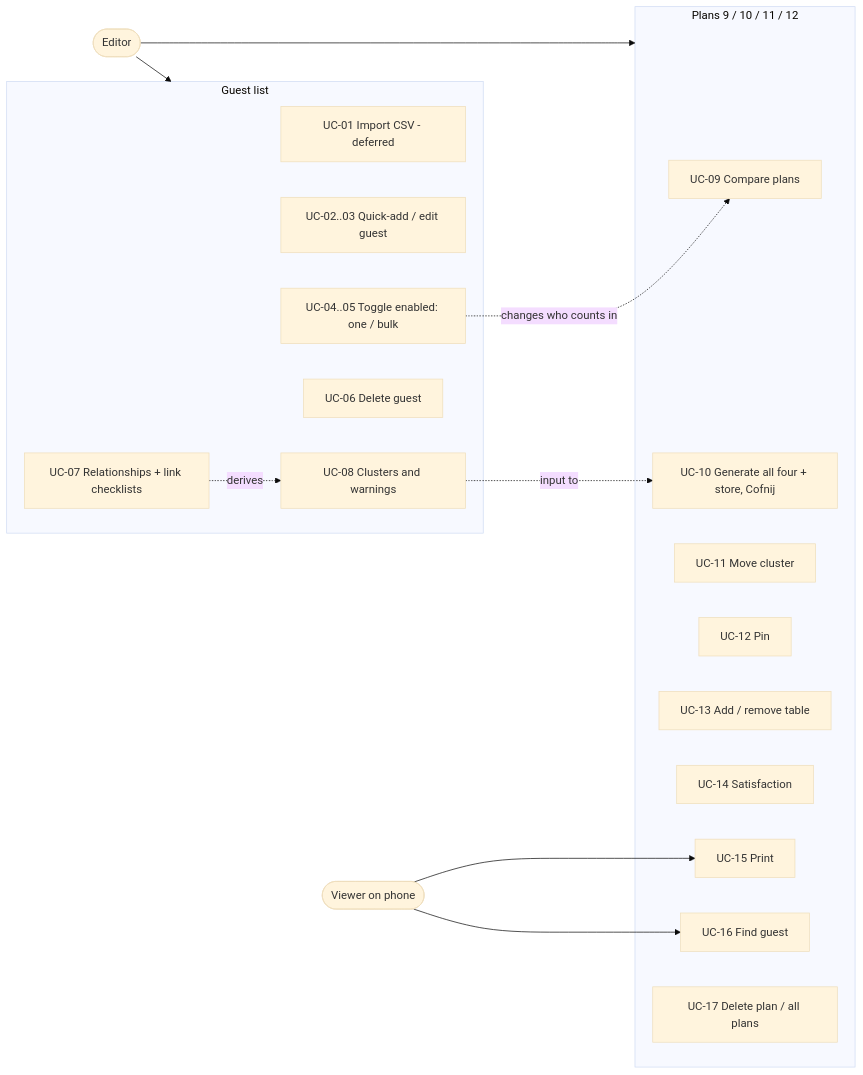
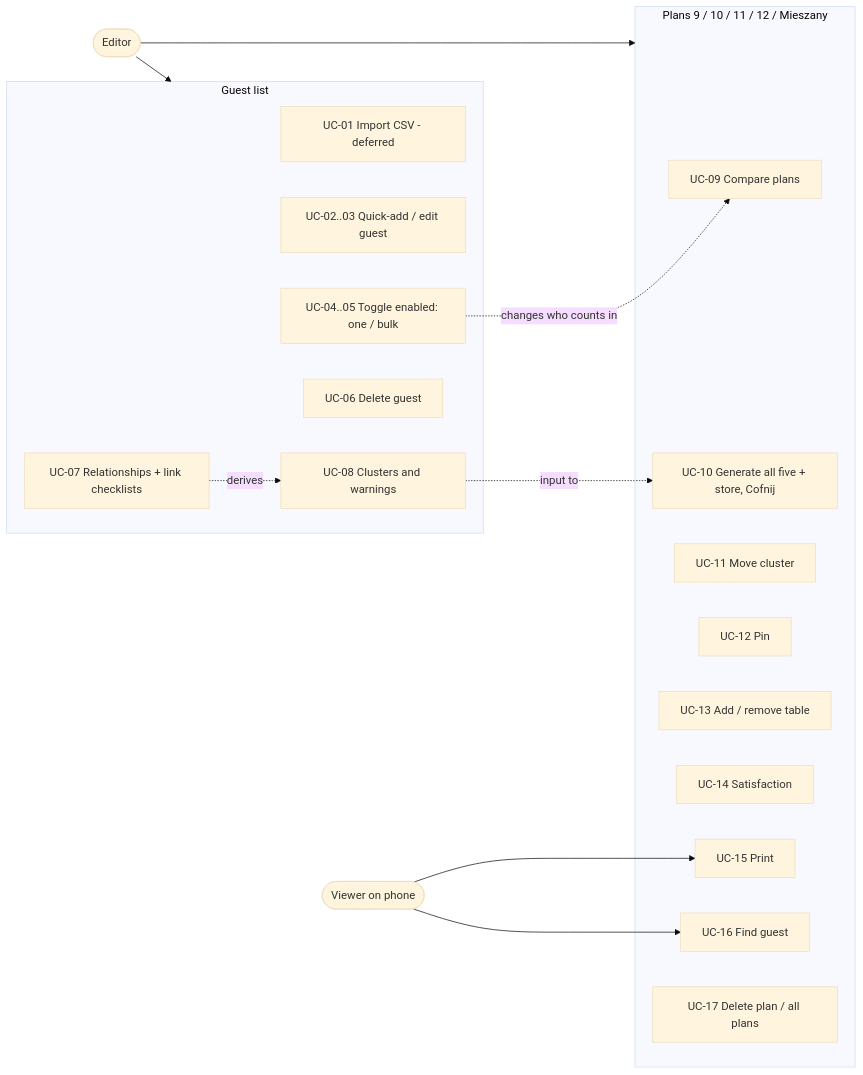
The diagram in docs/architecture/01-domain-glossary.md (emicon123/wedding-seating-planner), drawn with Mermaid (base theme) before and after one commit. The commit also changed other lines of this file and 26 other files, not shown here.

First line of the commit message:
feat(architecture): mixed plan as fifth plan (task 013, phase A)

````diff
--- a/docs/architecture/01-domain-glossary.md
+++ b/docs/architecture/01-domain-glossary.md
@@ -96,31 +101,31 @@
 ```mermaid
 flowchart LR
     E([Editor])
     V([Viewer on phone])
     subgraph GL[Guest list]
         UC01[UC-01 Import CSV - deferred]
         UC02[UC-02..03 Quick-add / edit guest]
         UC04[UC-04..05 Toggle enabled: one / bulk]
         UC06[UC-06 Delete guest]
         UC07[UC-07 Relationships + link checklists]
         UC08[UC-08 Clusters and warnings]
     end
-    subgraph SC[Plans 9 / 10 / 11 / 12]
+    subgraph SC[Plans 9 / 10 / 11 / 12 / Mieszany]
         UC09[UC-09 Compare plans]
-        UC10[UC-10 Generate all four + store, Cofnij]
+        UC10[UC-10 Generate all five + store, Cofnij]
         UC11[UC-11 Move cluster]
         UC12[UC-12 Pin]
         UC13[UC-13 Add / remove table]
         UC14[UC-14 Satisfaction]
         UC15[UC-15 Print]
         UC16[UC-16 Find guest]
         UC17[UC-17 Delete plan / all plans]
     end
     E --> GL
     E --> SC
     V --> UC16
     V --> UC15
     UC07 -. derives .-> UC08
     UC04 -. changes who counts in .-> UC09
     UC08 -. input to .-> UC10
 ```
````
